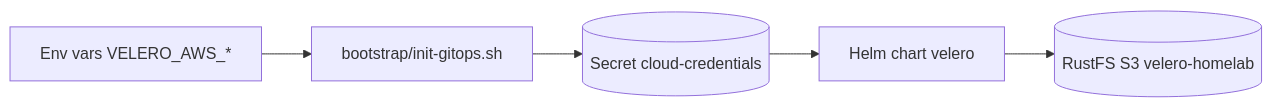
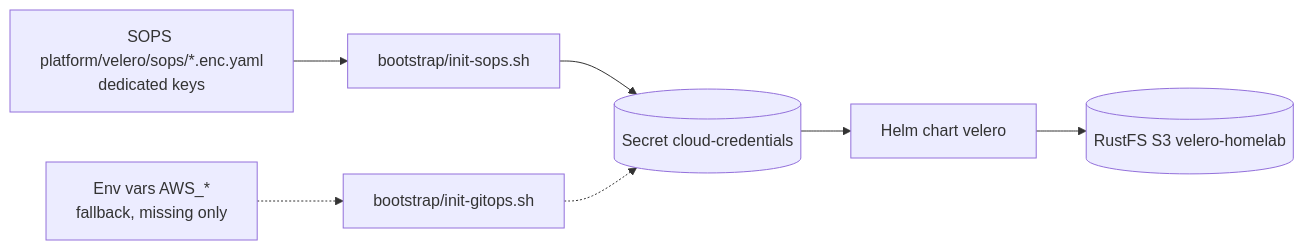
One commit to Seom88/secured-gitops-tailscale-homelab changed the diagram in docs/velero.md. Above: the diagram before and after it, drawn with Mermaid. The commit also changed other lines of this file and 31 other files, not shown here.

````diff
--- a/docs/velero.md
+++ b/docs/velero.md
@@ -13,7 +13,9 @@
 ```mermaid
 flowchart LR
-    ENV[Env vars VELERO_AWS_*] --> SCRIPT[bootstrap/init-gitops.sh]
-    SCRIPT --> SECRET[(Secret cloud-credentials)]
+    SOPS[SOPS platform/velero/sops/*.enc.yaml<br/>dedicated keys] --> ISC[bootstrap/init-sops.sh]
+    ISC --> SECRET[(Secret cloud-credentials)]
+    ENV[Env vars AWS_*<br/>fallback, missing only] -.-> SCRIPT[bootstrap/init-gitops.sh]
+    SCRIPT -.-> SECRET
     SECRET --> CHART[Helm chart velero]
     CHART --> RUSTFS[(RustFS S3 velero-homelab)]
 ```
````
